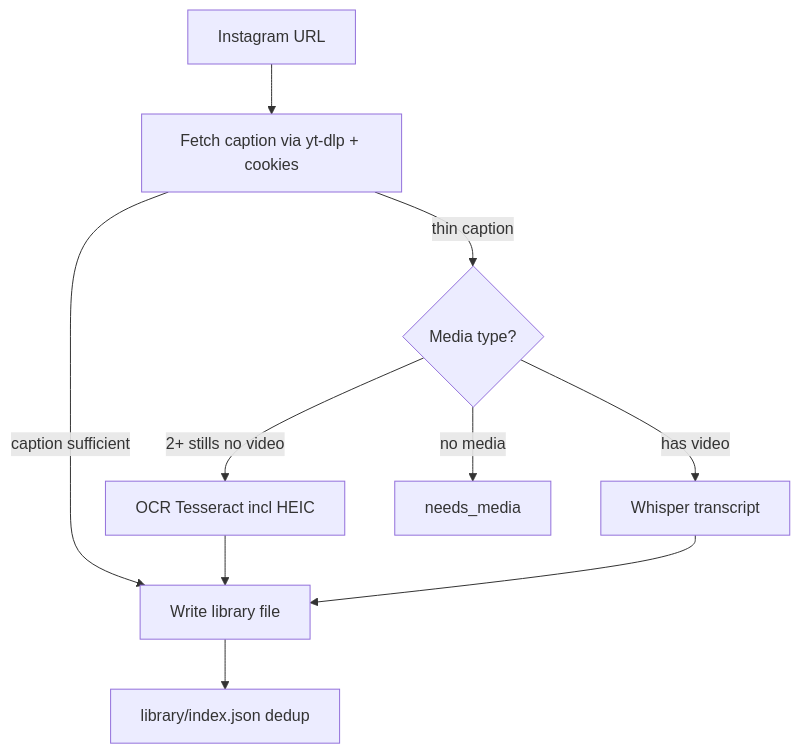
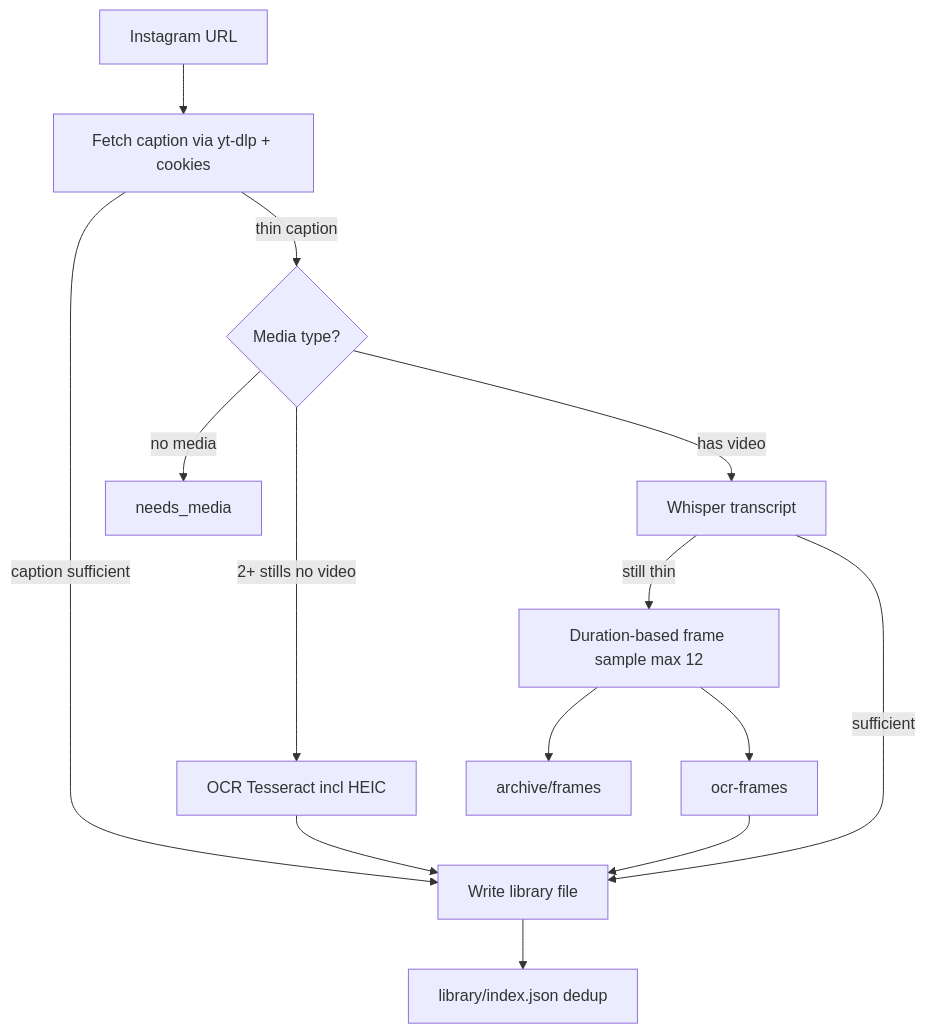
One commit to mark-c-da/gram-gatherer changed the second of 2 diagrams in README.md. Above: the diagram before and after it, drawn with Mermaid. The commit also changed other lines of this file and 8 other files, not shown here.

First line of the commit message:
Add duration-based frame OCR for silent on-screen reels.

````diff
--- a/README.md
+++ b/README.md
@@ -29,12 +30,16 @@
 ```mermaid
 flowchart TD
   url[Instagram URL] --> caption[Fetch caption via yt-dlp + cookies]
   caption -->|caption sufficient| write[Write library file]
   caption -->|thin caption| media{Media type?}
   media -->|2+ stills no video| ocr[OCR Tesseract incl HEIC]
   media -->|has video| whisper[Whisper transcript]
+  whisper -->|still thin| frames[Duration-based frame sample max 12]
+  frames --> frameOcr[ocr-frames]
+  frames --> archive[archive/frames]
   media -->|no media| needs[needs_media]
   ocr --> write
-  whisper --> write
+  frameOcr --> write
+  whisper -->|sufficient| write
   write --> index[library/index.json dedup]
 ```
````
